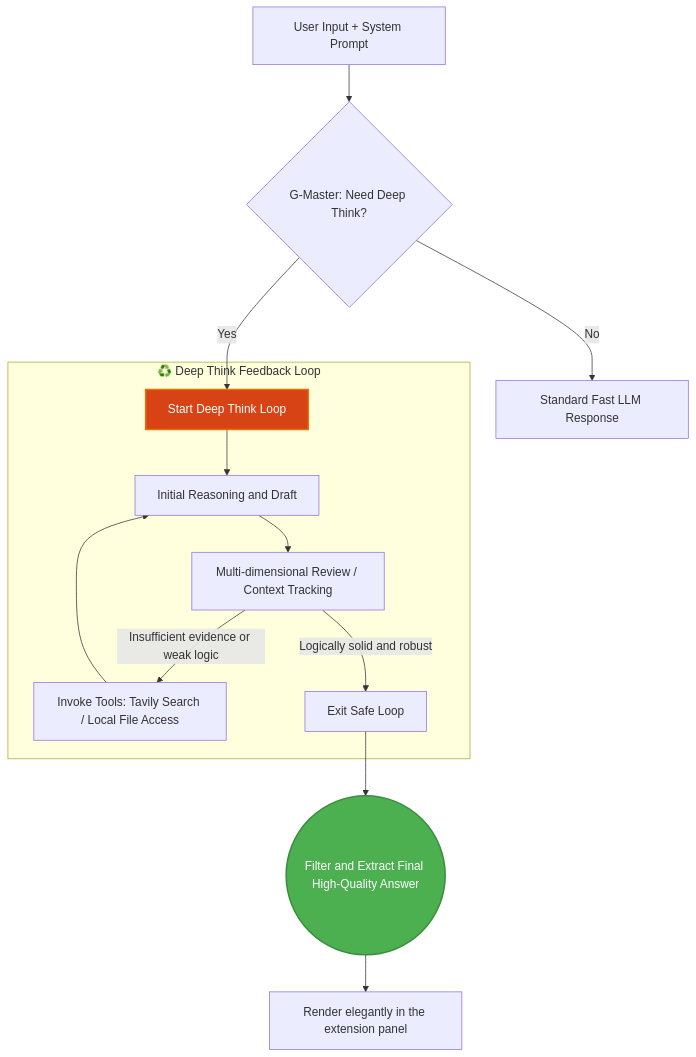
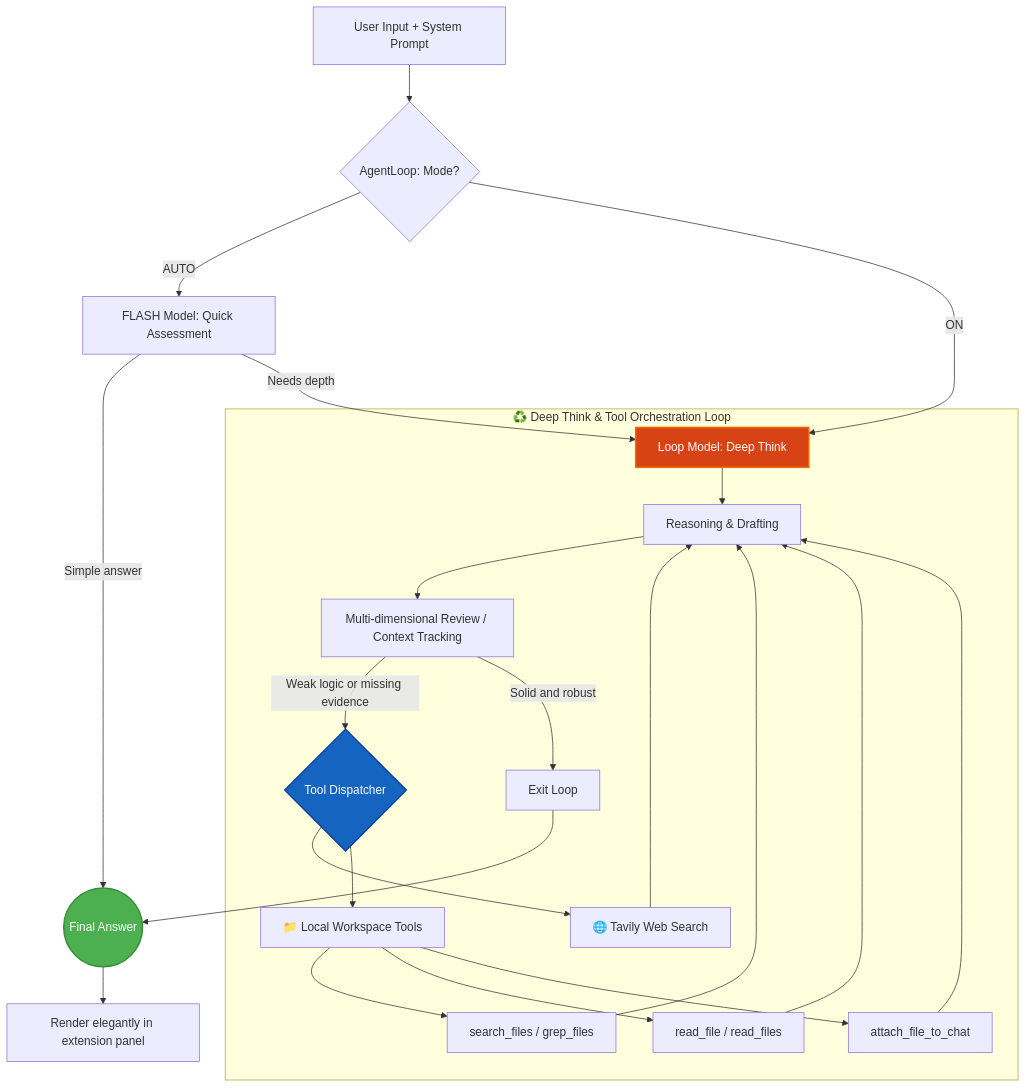
Before and after one commit to LiWeny16/G-Master: the diagram in README.md, drawn with Mermaid. The commit also changed other lines of this file and 1 other file, not shown here.

Commit message:
docs: update README to reflect v1.3.1 features and architecture

````diff
--- a/README.md
+++ b/README.md
@@ -110,20 +118,28 @@
 ```mermaid
 graph TD
-  A[User Input + System Prompt] --> B{G-Master: Need Deep Think?}
-  B -- No --> C[Standard Fast LLM Response]
-  B -- Yes --> D[Start Deep Think Loop]
-    
-    subgraph Loop [♻️ Deep Think Feedback Loop]
-  D --> E[Initial Reasoning and Draft]
+  A[User Input + System Prompt] --> B{AgentLoop: Mode?}
+  B -- AUTO --> C[FLASH Model: Quick Assessment]
+  B -- ON --> D[Loop Model: Deep Think]
+  C -- Simple answer --> Z((Final Answer))
+  C -- Needs depth --> D
+
+  subgraph Loop [♻️ Deep Think & Tool Orchestration Loop]
+  D --> E[Reasoning & Drafting]
   E --> F[Multi-dimensional Review / Context Tracking]
-  F --> |Insufficient evidence or weak logic| G[Invoke Tools: Tavily Search / Local File Access]
-    G --> E
-  F --> |Logically solid and robust| H[Exit Safe Loop]
-    end
-    
-  H --> I((Filter and Extract Final High-Quality Answer))
-  I --> J[Render elegantly in the extension panel]
-    
-    style I fill:#4CAF50,stroke:#388E3C,stroke-width:2px,color:#fff
-    style D fill:#D84315,stroke:#EF6C00,stroke-width:2px,color:#fff
+  F --> |Weak logic or missing evidence| G{Tool Dispatcher}
+  G --> G1[🌐 Tavily Web Search]
+  G --> G2[📁 Local Workspace Tools]
+  G2 --> G2a[search_files / grep_files]
+  G2 --> G2b[read_file / read_files]
+  G2 --> G2c[attach_file_to_chat]
+  G1 & G2a & G2b & G2c --> E
+  F --> |Solid and robust| H[Exit Loop]
+  end
+
+  H --> Z
+  Z --> J[Render elegantly in extension panel]
+
+  style Z fill:#4CAF50,stroke:#388E3C,stroke-width:2px,color:#fff
+  style D fill:#D84315,stroke:#EF6C00,stroke-width:2px,color:#fff
+  style G fill:#1565C0,stroke:#0D47A1,stroke-width:2px,color:#fff
 ```
````
